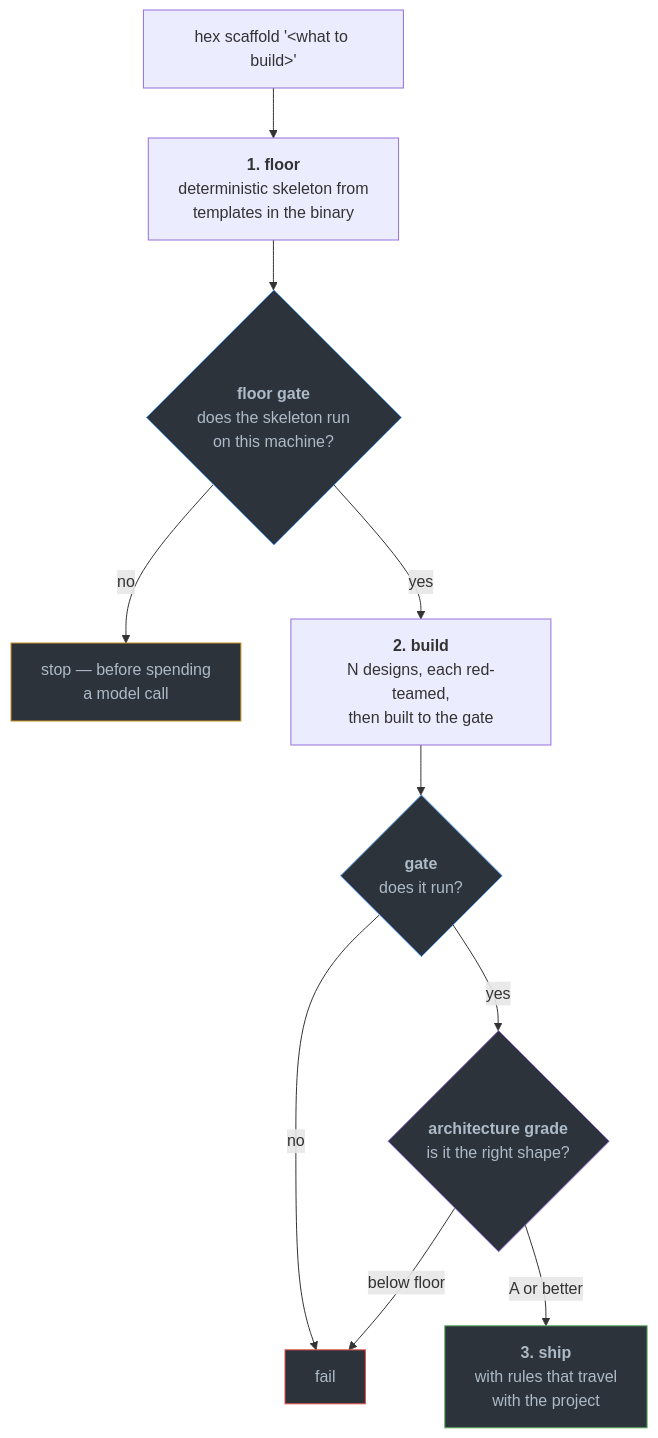
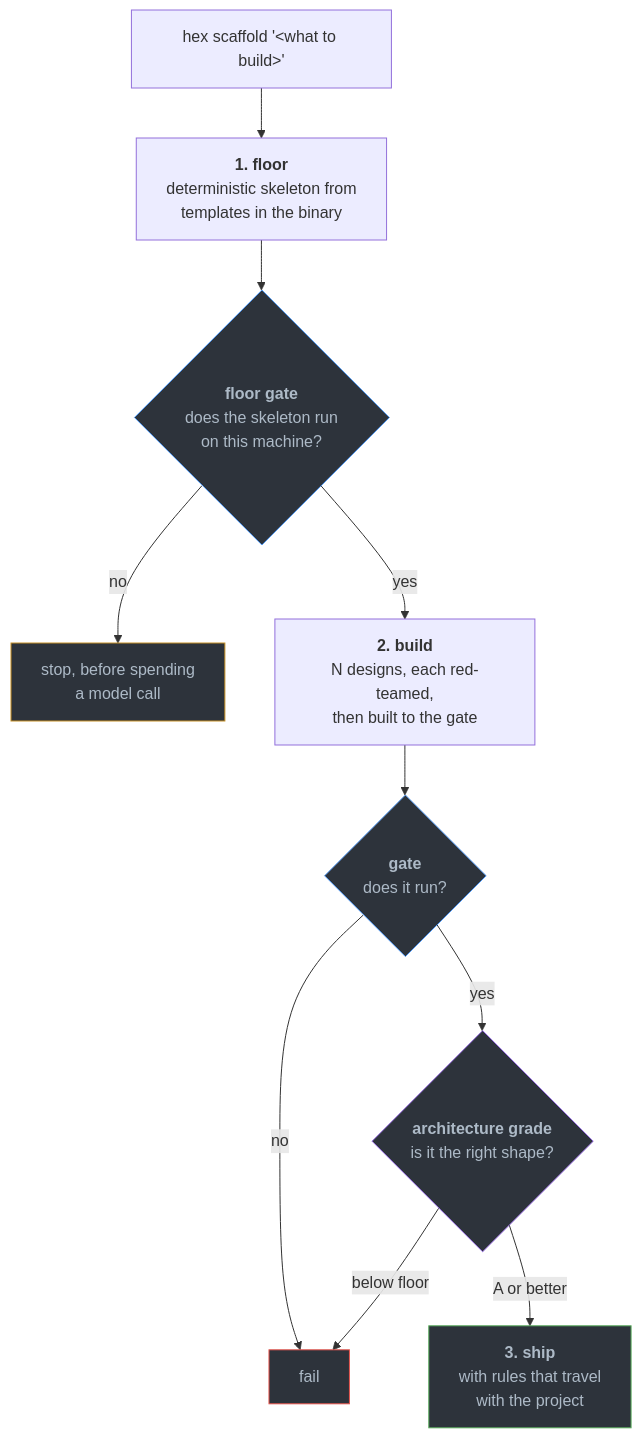
Before and after one commit to gaberger/hex: the third of 4 diagrams in README.md, drawn with Mermaid. The commit also changed other lines of this file and 8 other files, not shown here.

````diff
--- a/README.md
+++ b/README.md
@@ -99,19 +99,19 @@
 ```mermaid
 flowchart TB
     A["hex scaffold '&lt;what to build&gt;'"] --> B["<b>1. floor</b><br/>deterministic skeleton from<br/>templates in the binary"]
     B --> C{"<b>floor gate</b><br/>does the skeleton run<br/>on this machine?"}
-    C -->|no| X["stop — before spending<br/>a model call"]
+    C -->|no| X["stop, before spending<br/>a model call"]
     C -->|yes| D["<b>2. build</b><br/>N designs, each red-teamed,<br/>then built to the gate"]
     D --> E{"<b>gate</b><br/>does it run?"}
     E -->|no| Y["fail"]
     E -->|yes| F{"<b>architecture grade</b><br/>is it the right shape?"}
     F -->|"below floor"| Y
     F -->|"A or better"| G["<b>3. ship</b><br/>with rules that travel<br/>with the project"]
 
     style C fill:#2d333b,stroke:#539bf5,color:#adbac7
     style E fill:#2d333b,stroke:#539bf5,color:#adbac7
     style F fill:#2d333b,stroke:#986ee2,color:#adbac7
     style G fill:#2d333b,stroke:#57ab5a,color:#adbac7
     style X fill:#2d333b,stroke:#c69026,color:#adbac7
     style Y fill:#2d333b,stroke:#e5534b,color:#adbac7
 ```
````
